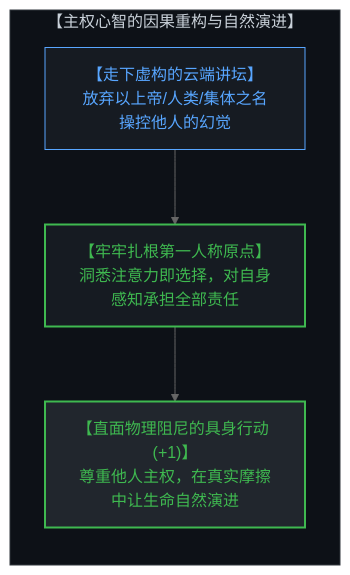
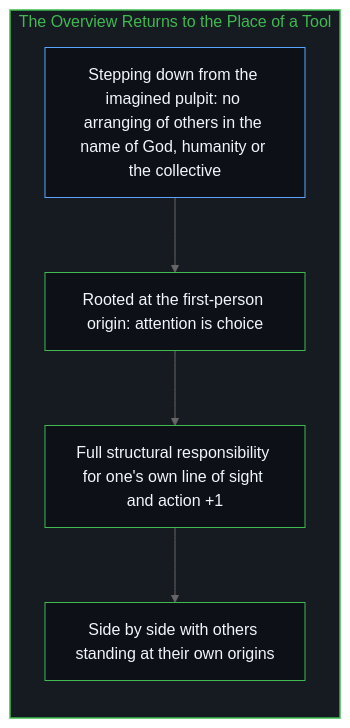
Before and after one commit to powerpig99/not-a-toe: diagram 12 of 12 in content/posts/the-origin-of-god-and-the-flattening-of-we.md, drawn with Mermaid (neutral theme). The commit also changed other lines of this file and 2 other files, not shown here.

Commit message:
Refine the-origin-of-god: alternating bilingual layout, six paired diagrams, the overview as a reading, implicit first person

````diff
--- a/content/posts/the-origin-of-god-and-the-flattening-of-we.md
+++ b/content/posts/the-origin-of-god-and-the-flattening-of-we.md
@@ -272,15 +325,19 @@
 ```mermaid
-graph TD
-    subgraph RestorationOfSovereignty["【主权心智的因果重构与自然演进】"]
+flowchart TD
+    subgraph S_Back["The Overview Returns to the Place of a Tool"]
         direction TB
-        StepDownPulpit["【走下虚构的云端讲坛】<br>放弃以上帝/人类/集体之名操控他人的幻觉"]
-        RootedInOrigin["【牢牢扎根第一人称原点】<br>洞悉注意力即选择，对自身感知承担全部责任"]
-        EmbodiedAction["【直面物理阻尼的具身行动 (+1)】<br>尊重他人主权，在真实摩擦中让生命自然演进"]
-        StepDownPulpit --> RootedInOrigin
-        RootedInOrigin --> EmbodiedAction
+        Down["Stepping down from the imagined pulpit: no arranging of others in the name of God, humanity or the collective"]
+        Root["Rooted at the first-person origin: attention is choice"]
+        Own["Full structural responsibility for one's own line of sight and action +1"]
+        Beside["Side by side with others standing at their own origins"]
+        Down --> Root
+        Root --> Own
+        Own --> Beside
     end
-    style RestorationOfSovereignty fill:#0d1117,stroke:#30363d,stroke-width:1px,color:#c9d1d9
-    style StepDownPulpit fill:#161b22,stroke:#58a6ff,stroke-width:1px,color:#58a6ff
-    style RootedInOrigin fill:#161b22,stroke:#3fb950,stroke-width:2px,color:#3fb950
-    style EmbodiedAction fill:#21262d,stroke:#3fb950,stroke-width:2px,color:#3fb950
+
+    style S_Back fill:#161b22,stroke:#3fb950,stroke-width:1.5px,color:#3fb950
+    style Down fill:#0d1117,stroke:#58a6ff,stroke-width:1px,color:#f0f6fc
+    style Root fill:#0d1117,stroke:#3fb950,stroke-width:1px,color:#f0f6fc
+    style Own fill:#0d1117,stroke:#3fb950,stroke-width:1px,color:#f0f6fc
+    style Beside fill:#0d1117,stroke:#3fb950,stroke-width:1px,color:#f0f6fc
 ```
````
